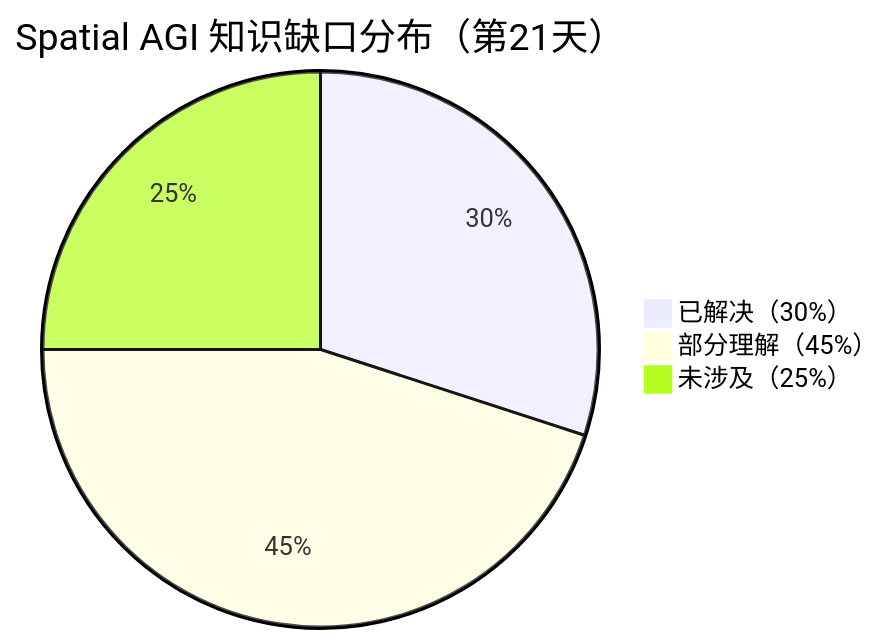
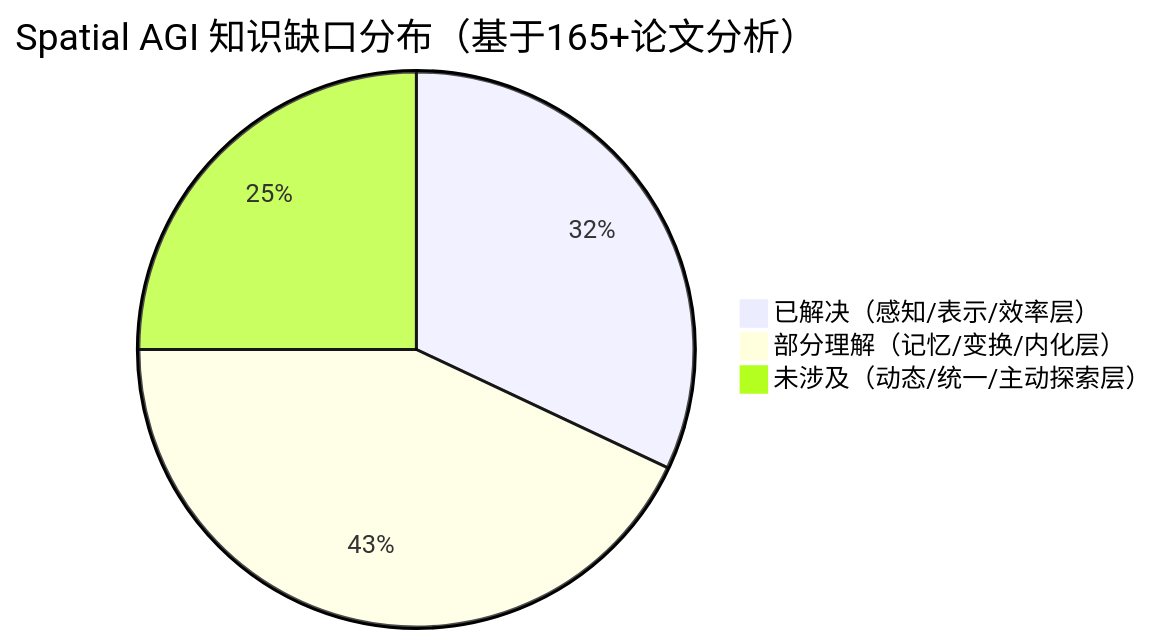
One commit to ahangchen/spatial_agi changed the fourth of 4 diagrams in daily_thinking/2026-06-21.md. Above: the diagram before and after it, drawn with Mermaid. The commit also changed other lines of this file, not shown here.

First line of the commit message:
feat: Spatial AGI Research - 2026-06-21

````diff
--- a/daily_thinking/2026-06-21.md
+++ b/daily_thinking/2026-06-21.md
@@ -339,6 +470,6 @@
 ```mermaid
-pie title Spatial AGI 知识缺口分布（第21天）
-    "已解决（30%）" : 30
-    "部分理解（45%）" : 45
-    "未涉及（25%）" : 25
+pie title Spatial AGI 知识缺口分布（基于165+论文分析）
+    "已解决（感知/表示/效率层）" : 32
+    "部分理解（记忆/变换/内化层）" : 43
+    "未涉及（动态/统一/主动探索层）" : 25
 ```
````
